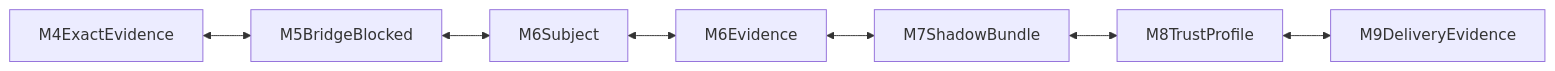
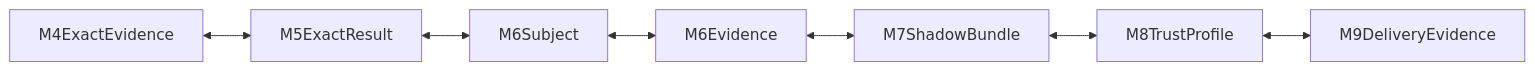
Before and after one commit to Dimkox/adaptive-grok-build-pro: the diagram in DARK_FACTORY_ROADMAP.md, drawn with Mermaid. The commit also changed other lines of this file and 16 other files, not shown here.

````diff
--- a/DARK_FACTORY_ROADMAP.md
+++ b/DARK_FACTORY_ROADMAP.md
@@ -754,9 +754,9 @@
 ```mermaid
 flowchart LR
-  M4ExactEvidence <--> M5BridgeBlocked
-  M5BridgeBlocked <--> M6Subject
+  M4ExactEvidence <--> M5ExactResult
+  M5ExactResult <--> M6Subject
   M6Subject <--> M6Evidence
   M6Evidence <--> M7ShadowBundle
   M7ShadowBundle <--> M8TrustProfile
   M8TrustProfile <--> M9DeliveryEvidence
 ```
````
